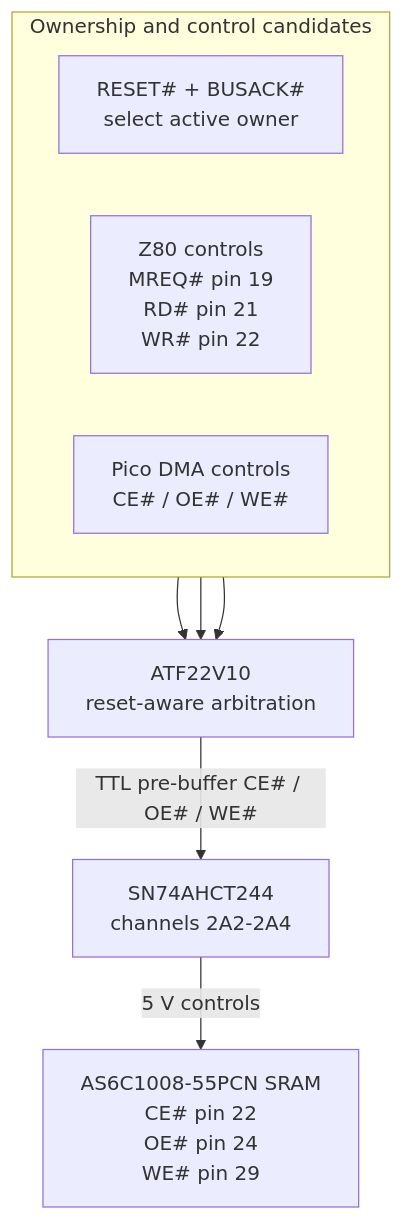
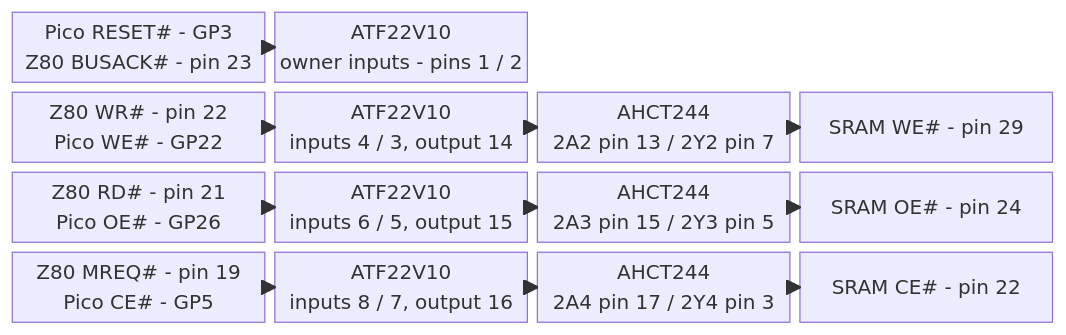
Before and after one commit to gloveboxes/Z80ROMlessSBC: diagram 13 of 22 in docs/docs/en/hardware/pin-mapping.md, drawn with Mermaid. The commit also changed other lines of this file and 28 other files, not shown here.

````diff
--- a/docs/docs/en/hardware/pin-mapping.md
+++ b/docs/docs/en/hardware/pin-mapping.md
@@ -286,14 +424,18 @@
 ```mermaid
-flowchart TB
-  subgraph SOURCES["Ownership and control candidates"]
-    direction LR
-    OWNER["RESET# + BUSACK#<br/>select active owner"]
-    CPU["Z80 controls<br/>MREQ# pin 19<br/>RD# pin 21<br/>WR# pin 22"]
-    PICO["Pico DMA controls<br/>CE# / OE# / WE#"]
-  end
-  OWNER --> GAL["ATF22V10<br/>reset-aware arbitration"]
-  CPU --> GAL
-  PICO --> GAL
-  GAL -->|"TTL pre-buffer CE# / OE# / WE#"| BUFFER["SN74AHCT244<br/>channels 2A2-2A4"]
-  BUFFER -->|"5 V controls"| SRAM["AS6C1008-55PCN SRAM<br/>CE# pin 22<br/>OE# pin 24<br/>WE# pin 29"]
+block-beta
+  columns 4
+  OWN["Pico RESET# - GP3<br/>Z80 BUSACK# - pin 23"] GOWN["ATF22V10<br/>owner inputs - pins 1 / 2"] space space
+  WRSRC["Z80 WR# - pin 22<br/>Pico WE# - GP22"] GWE["ATF22V10<br/>inputs 4 / 3, output 14"] BWE["AHCT244<br/>2A2 pin 13 / 2Y2 pin 7"] RWE["SRAM WE# - pin 29"]
+  RDSRC["Z80 RD# - pin 21<br/>Pico OE# - GP26"] GOE["ATF22V10<br/>inputs 6 / 5, output 15"] BOE["AHCT244<br/>2A3 pin 15 / 2Y3 pin 5"] ROE["SRAM OE# - pin 24"]
+  CESRC["Z80 MREQ# - pin 19<br/>Pico CE# - GP5"] GCE["ATF22V10<br/>inputs 8 / 7, output 16"] BCE["AHCT244<br/>2A4 pin 17 / 2Y4 pin 3"] RCE["SRAM CE# - pin 22"]
+  OWN --> GOWN
+  WRSRC --> GWE
+  GWE --> BWE
+  BWE --> RWE
+  RDSRC --> GOE
+  GOE --> BOE
+  BOE --> ROE
+  CESRC --> GCE
+  GCE --> BCE
+  BCE --> RCE
 ```
````
